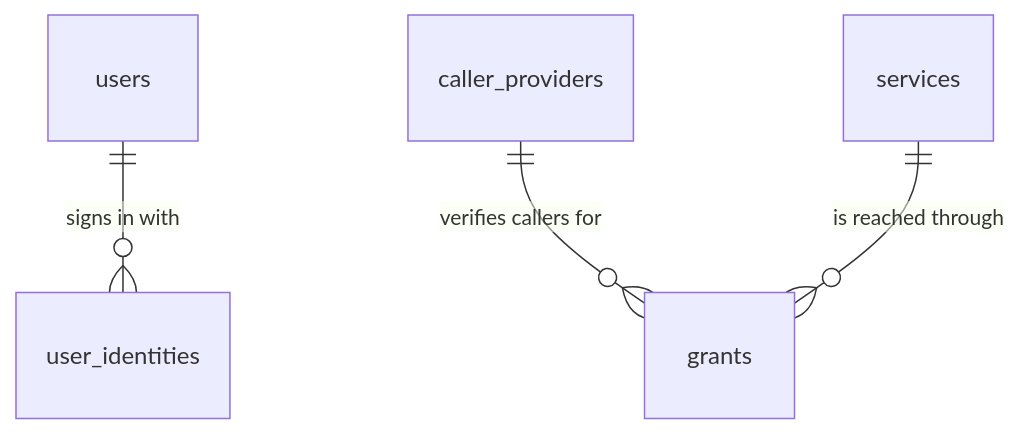
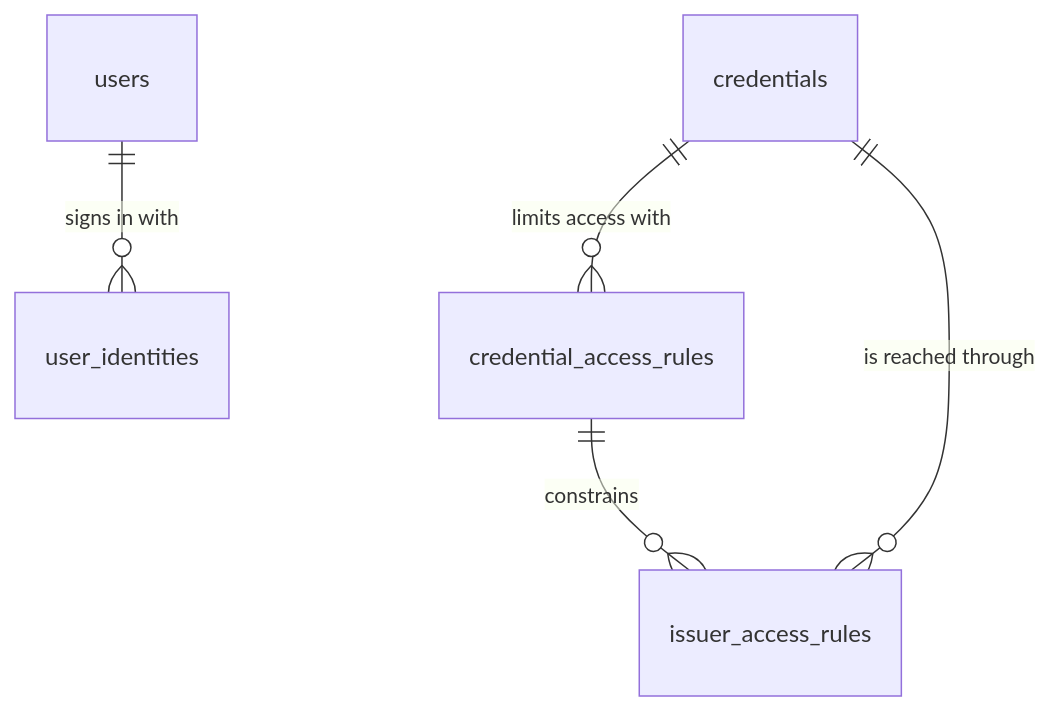
One commit to 2fd/cloudflare-tokengate changed the diagram in docs/architecture.md. Above: the diagram before and after it, drawn with Mermaid. The commit also changed other lines of this file and 295 other files, not shown here.

Commit message:
feat: introduce credential boundaries and issuer access rules

````diff
--- a/docs/architecture.md
+++ b/docs/architecture.md
@@ -152,6 +152,7 @@
 ```mermaid
 erDiagram
   users ||--o{ user_identities : "signs in with"
-  caller_providers ||--o{ grants : "verifies callers for"
-  services ||--o{ grants : "is reached through"
+  credentials ||--o{ credential_access_rules : "limits access with"
+  credential_access_rules ||--o{ issuer_access_rules : "constrains"
+  credentials ||--o{ issuer_access_rules : "is reached through"
 ```
````
